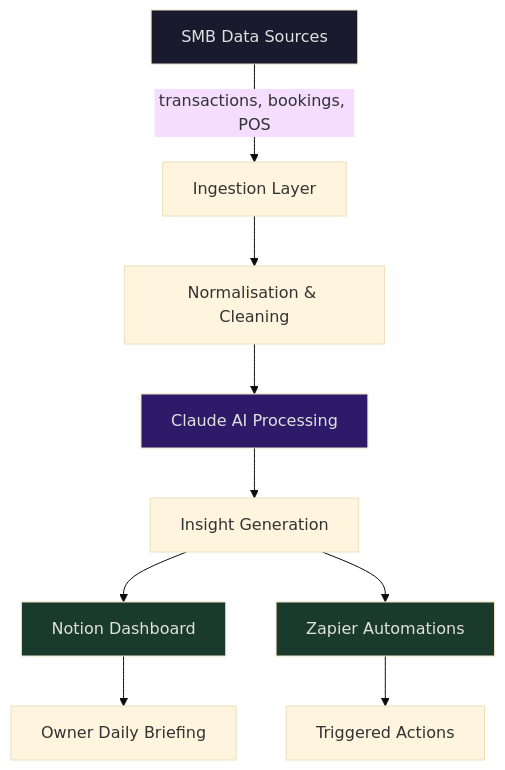
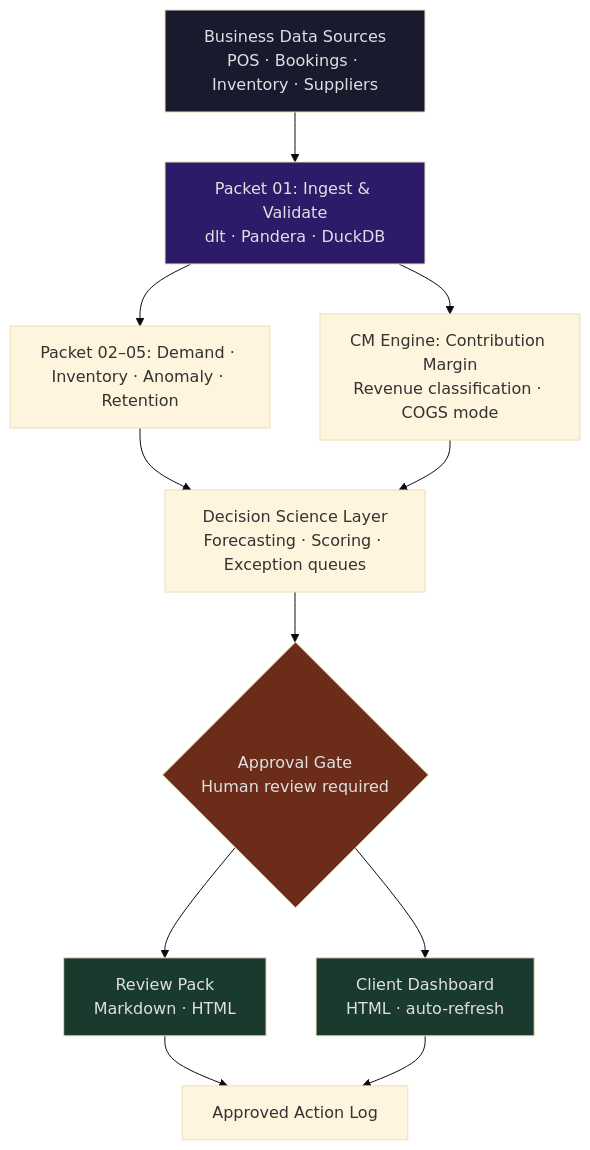
One commit to AlexNeil002/AI-Pipeline-Systems changed the diagram in README.md. Above: the diagram before and after it, drawn with Mermaid (base theme). The commit also changed other lines of this file and 5 other files, not shown here.

````diff
--- a/README.md
+++ b/README.md
@@ -17,16 +19,19 @@
 ```mermaid
 graph TD
-    A[SMB Data Sources] -->|transactions, bookings, POS| B[Ingestion Layer]
-    B --> C[Normalisation & Cleaning]
-    C --> D[Claude AI Processing]
-    D --> E[Insight Generation]
-    E --> F[Notion Dashboard]
-    E --> G[Zapier Automations]
-    F --> H[Owner Daily Briefing]
-    G --> I[Triggered Actions]
+    A[Business Data Sources<br/>POS · Bookings · Inventory · Suppliers] --> B[Packet 01: Ingest & Validate<br/>dlt · Pandera · DuckDB]
+    B --> C[Packet 02–05: Demand · Inventory · Anomaly · Retention]
+    B --> D[CM Engine: Contribution Margin<br/>Revenue classification · COGS mode]
+    C --> E[Decision Science Layer<br/>Forecasting · Scoring · Exception queues]
+    D --> E
+    E --> F{Approval Gate<br/>Human review required}
+    F --> G[Review Pack<br/>Markdown · HTML]
+    F --> H[Client Dashboard<br/>HTML · auto-refresh]
+    G --> I[Approved Action Log]
+    H --> I
 
     style A fill:#1a1a2e,color:#e0e0e0
-    style D fill:#2d1b69,color:#e0e0e0
-    style F fill:#1a3a2e,color:#e0e0e0
+    style B fill:#2d1b69,color:#e0e0e0
+    style F fill:#6b2d1a,color:#e0e0e0
     style G fill:#1a3a2e,color:#e0e0e0
+    style H fill:#1a3a2e,color:#e0e0e0
 ```
````
